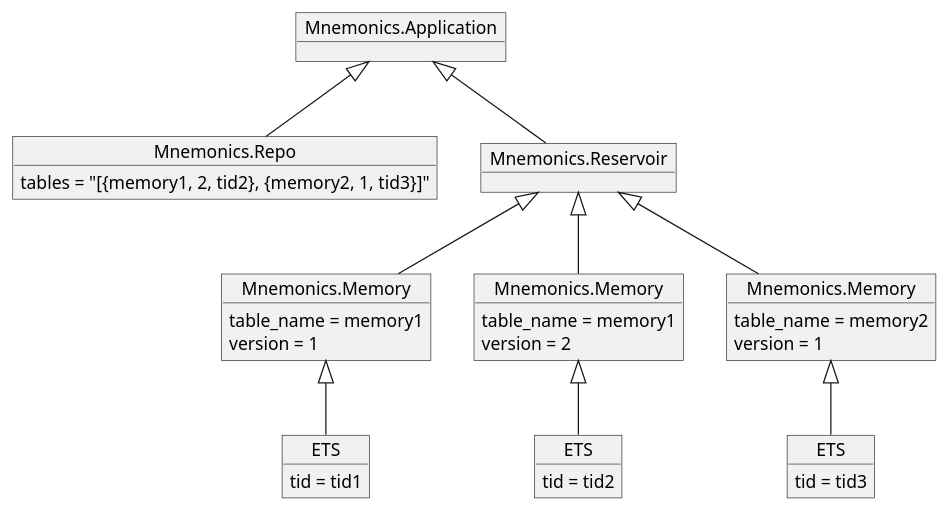
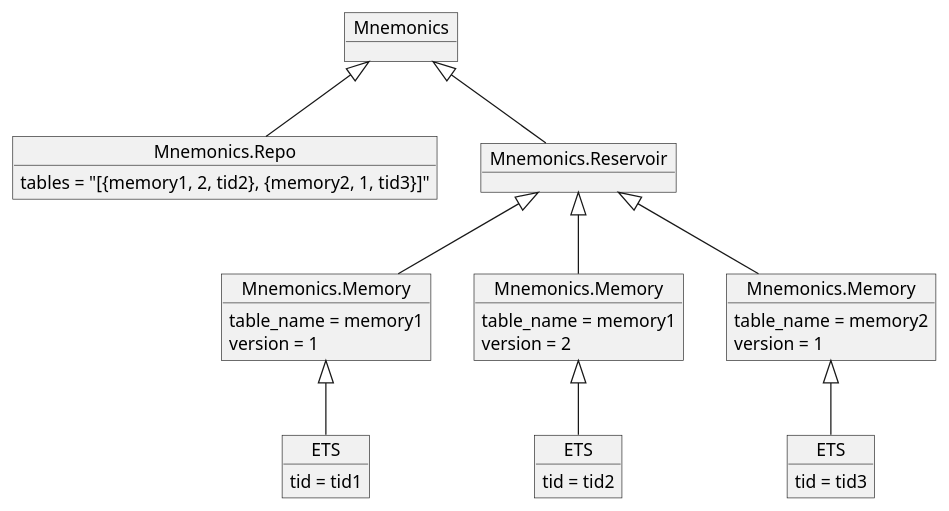
Before and after one commit to ne-sachirou/mnemonics: the diagram in processes.plantuml, drawn with PlantUML. The commit also changed 11 other files, not shown here.

```diff
--- a/processes.plantuml
+++ b/processes.plantuml
@@ -1,39 +1,39 @@
 @startuml
 
-object "Mnemonics.Application" as Application
+object Mnemonics
 object "Mnemonics.Repo" as Repo {
   tables = "[{memory1, 2, tid2}, {memory2, 1, tid3}]"
 }
 object "Mnemonics.Reservoir" as Reservoir
 object "Mnemonics.Memory" as memory1_1 {
   table_name = memory1
   version = 1
 }
 object "ETS" as memory1_1_ets {
   tid = tid1
 }
 object "Mnemonics.Memory" as memory1_2 {
   table_name = memory1
   version = 2
 }
 object "ETS" as memory1_2_ets {
   tid = tid2
 }
 object "Mnemonics.Memory" as memory2_1 {
   table_name = memory2
   version = 1
 }
 object "ETS" as memory2_1_ets {
   tid = tid3
 }
 
-Application <|-- Repo
-Application <|-- Reservoir
+Mnemonics <|-- Repo
+Mnemonics <|-- Reservoir
 Reservoir <|-- memory1_1
 memory1_1 <|-- memory1_1_ets
 Reservoir <|-- memory1_2
 memory1_2 <|-- memory1_2_ets
 Reservoir <|-- memory2_1
 memory2_1 <|-- memory2_1_ets
 
 @enduml
```
